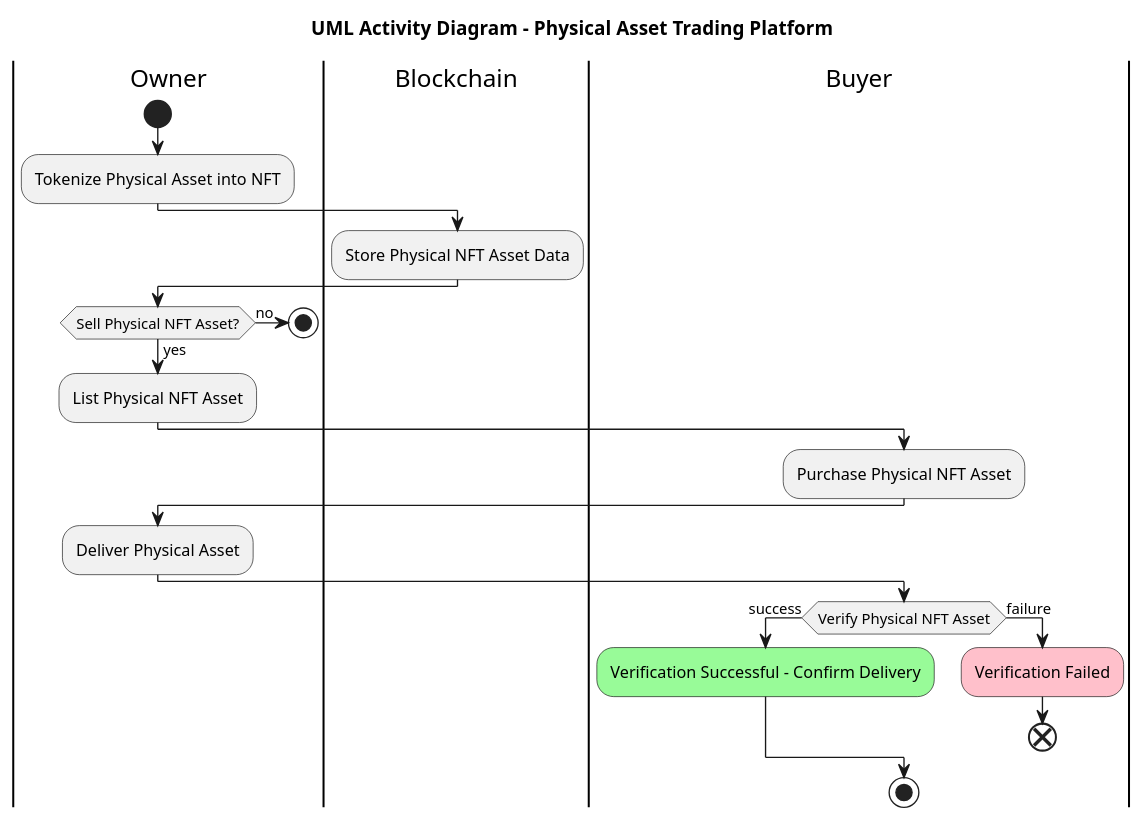
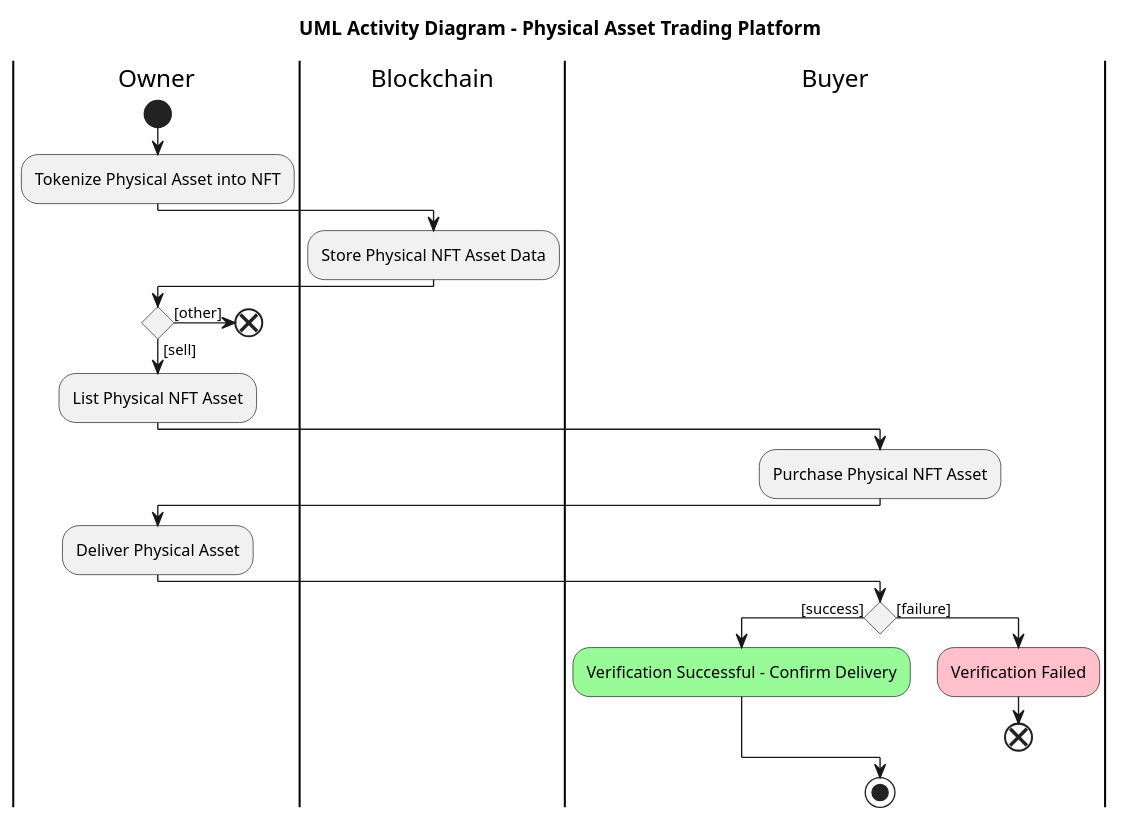
Before and after one commit to bee-force/phygital-bee-token2: the diagram in src/plantumldiagrams/activity.plantuml, drawn with PlantUML. The commit also changed 8 other files, not shown here.

```diff
--- a/src/plantumldiagrams/activity.plantuml
+++ b/src/plantumldiagrams/activity.plantuml
@@ -1,28 +1,28 @@
 @startuml activity0
 
 title UML Activity Diagram - Physical Asset Trading Platform
 
 |Owner|
 start
 :Tokenize Physical Asset into NFT;
 |Blockchain|
 :Store Physical NFT Asset Data;
 |Owner|
-if (Sell Physical NFT Asset?) then (yes)
+if () then ([sell])
   :List Physical NFT Asset;
-else (no)
-  stop
+else ([other])
+  end
 endif
 |Buyer|
 :Purchase Physical NFT Asset;
 |Owner|
 :Deliver Physical Asset;
 |Buyer|
-if (Verify Physical NFT Asset) then (success)
+if () then ([success])
   #palegreen:Verification Successful - Confirm Delivery;
-else (failure)
+else ([failure])
   #pink:Verification Failed;
   end
 endif
 stop
 @enduml
```
